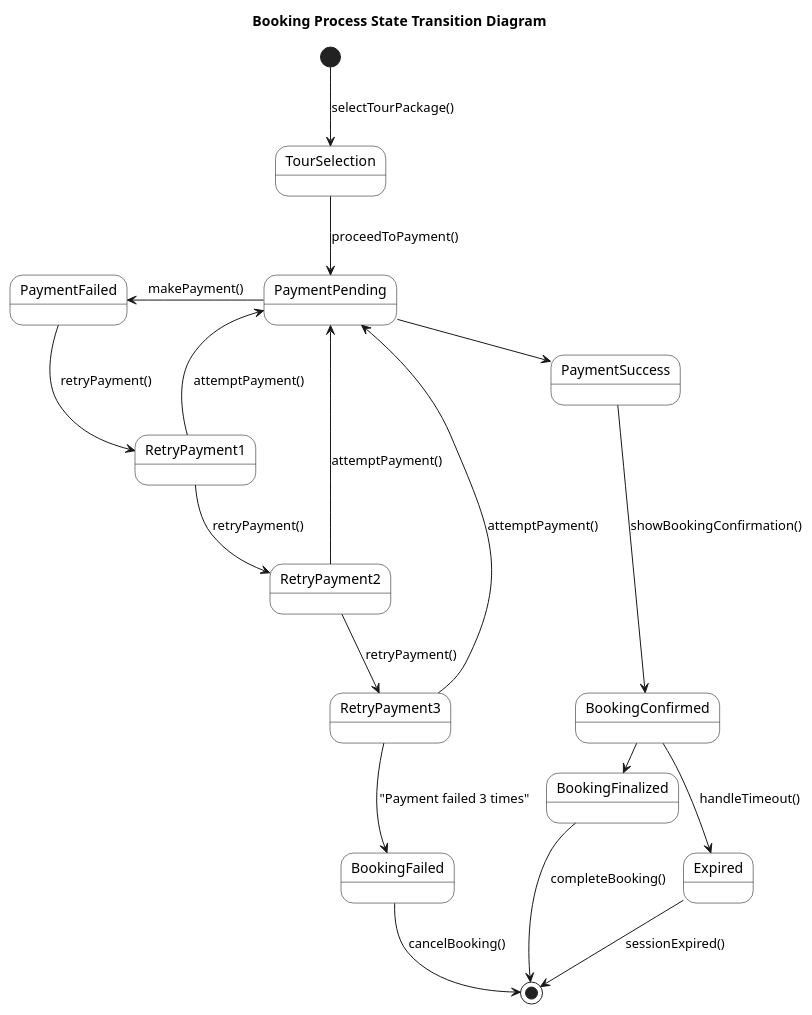
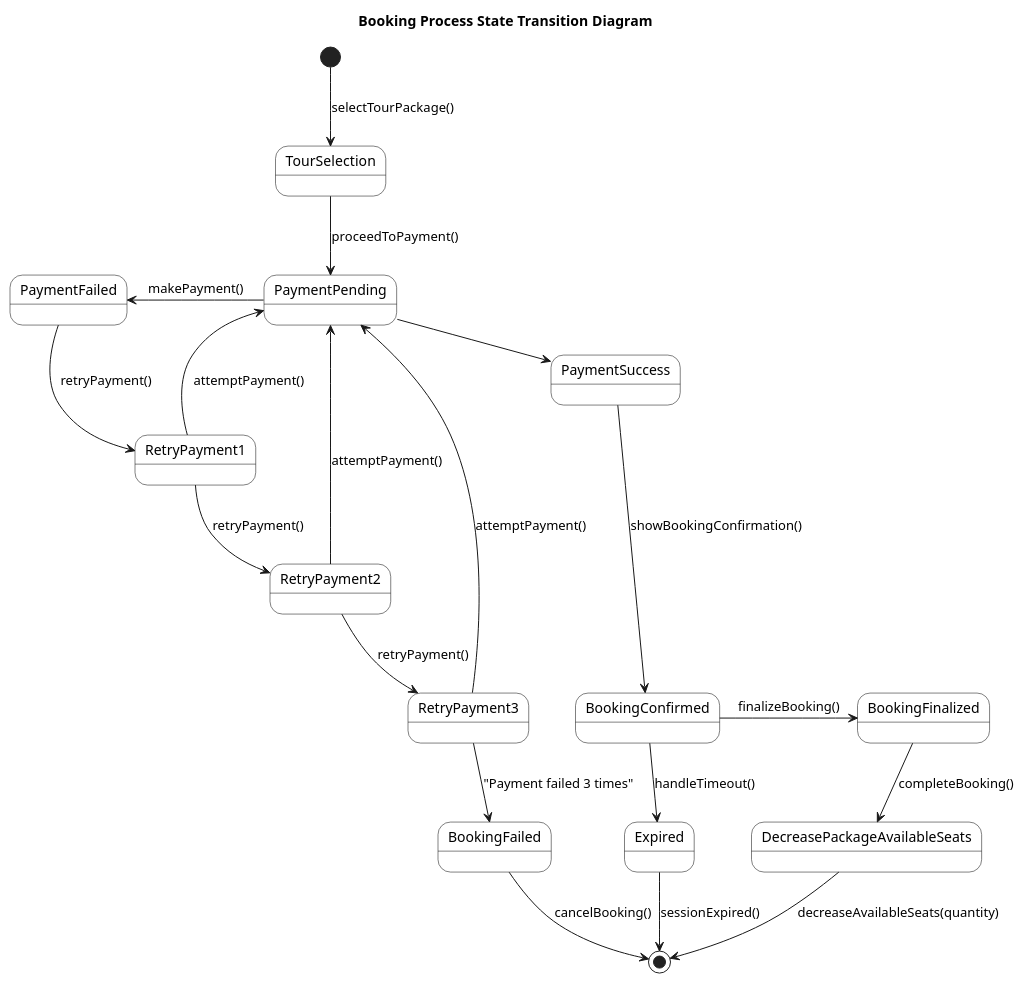
The diagram in diagrams/Sprint2/Sprint3_Planning/State_Transition_Diagrams/Booking.puml (Hares-2088/TravelTrove), drawn with PlantUML before and after one commit. The commit also changed 9 other files, not shown here.

Commit message:
Diagrams finished for modified package after seating logic adding.

```diff
--- a/diagrams/Sprint2/Sprint3_Planning/State_Transition_Diagrams/Booking.puml
+++ b/diagrams/Sprint2/Sprint3_Planning/State_Transition_Diagrams/Booking.puml
@@ -1,38 +1,39 @@
 @startuml
 title Booking Process State Transition Diagram
 
 skinparam state {
     StraightArrow true
     BackgroundColor white
     BorderColor black
 }
 
 [*] --> TourSelection : selectTourPackage()
 
 TourSelection -down-> PaymentPending : proceedToPayment()
 
 PaymentPending -right-> PaymentSuccess : makePayment()
 PaymentPending -left-> PaymentFailed : makePayment()
 
 PaymentFailed -down-> RetryPayment1 : retryPayment()
 RetryPayment1 -up-> PaymentPending : attemptPayment()
 
 RetryPayment1 -down-> RetryPayment2 : retryPayment()
 RetryPayment2 -up-> PaymentPending : attemptPayment()
 
 RetryPayment2 -down-> RetryPayment3 : retryPayment()
 RetryPayment3 -up-> PaymentPending : attemptPayment()
 
 RetryPayment3 -down-> BookingFailed : "Payment failed 3 times"
 
 BookingFailed --> [*] : cancelBooking()
 
 PaymentSuccess -down-> BookingConfirmed : showBookingConfirmation()
 
 BookingConfirmed -right-> BookingFinalized : finalizeBooking()
-BookingFinalized --> [*] : completeBooking()
+BookingFinalized --> DecreasePackageAvailableSeats : completeBooking()
+DecreasePackageAvailableSeats --> [*] : decreaseAvailableSeats(quantity)
 
 BookingConfirmed -down-> Expired : handleTimeout()
 Expired --> [*] : sessionExpired()
 
 @enduml
```
